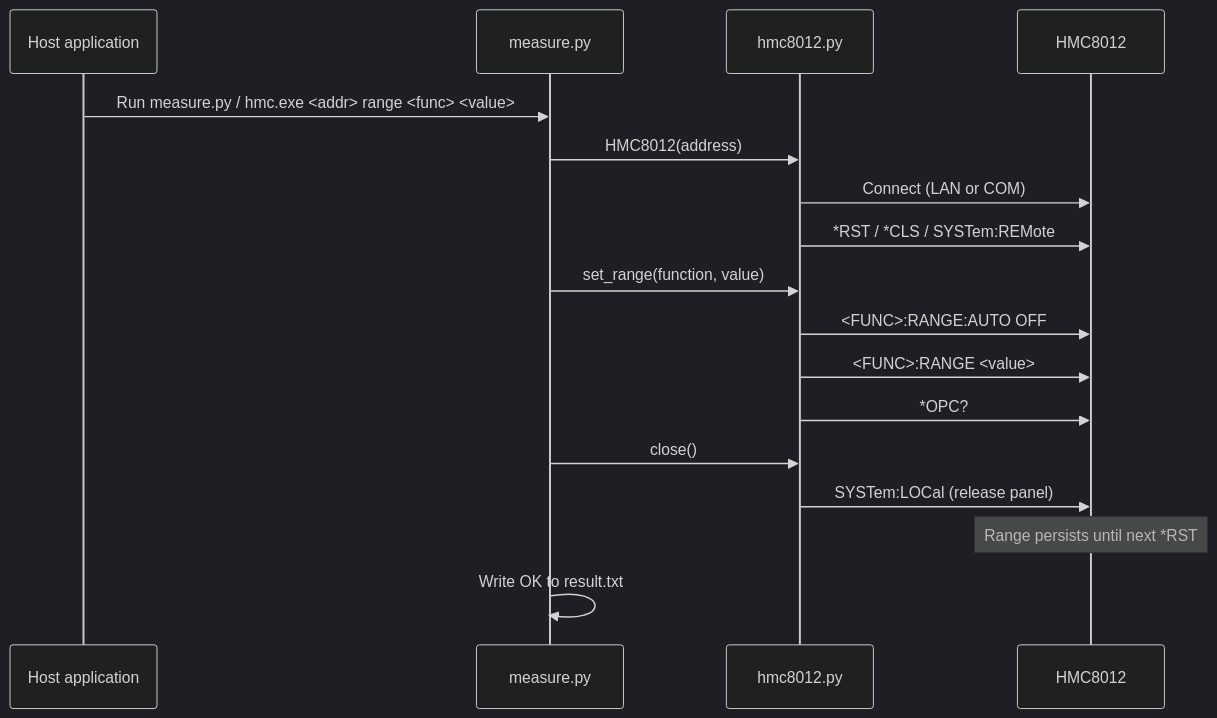
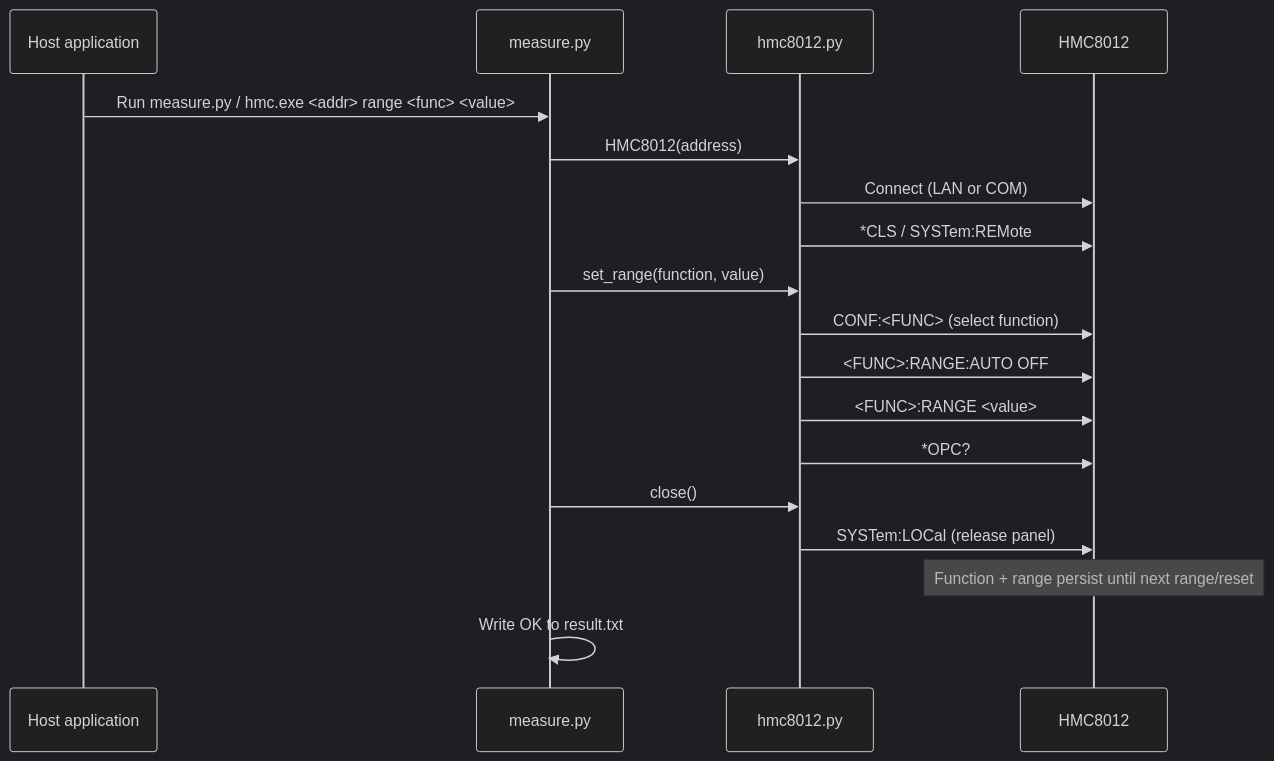
One commit to YarinCardillo/hmc8012-measure changed the second of 4 diagrams in README.md. Above: the diagram before and after it, drawn with Mermaid (dark theme). The commit also changed other lines of this file and 3 other files, not shown here.

````diff
--- a/README.md
+++ b/README.md
@@ -143,24 +156,25 @@
 ```mermaid
 sequenceDiagram
     participant HOST as Host application
     participant PY as measure.py
     participant DRV as hmc8012.py
     participant DMM as HMC8012
 
     HOST->>PY: Run measure.py / hmc.exe <addr> range <func> <value>
 
     PY->>DRV: HMC8012(address)
     DRV->>DMM: Connect (LAN or COM)
-    DRV->>DMM: *RST / *CLS / SYSTem:REMote
+    DRV->>DMM: *CLS / SYSTem:REMote
 
     PY->>DRV: set_range(function, value)
+    DRV->>DMM: CONF:<FUNC> (select function)
     DRV->>DMM: <FUNC>:RANGE:AUTO OFF
     DRV->>DMM: <FUNC>:RANGE <value>
     DRV->>DMM: *OPC?
 
     PY->>DRV: close()
     DRV->>DMM: SYSTem:LOCal (release panel)
 
-    Note over DMM: Range persists until next *RST
+    Note over DMM: Function + range persist until next range/reset
     PY->>PY: Write OK to result.txt
 ```
````
